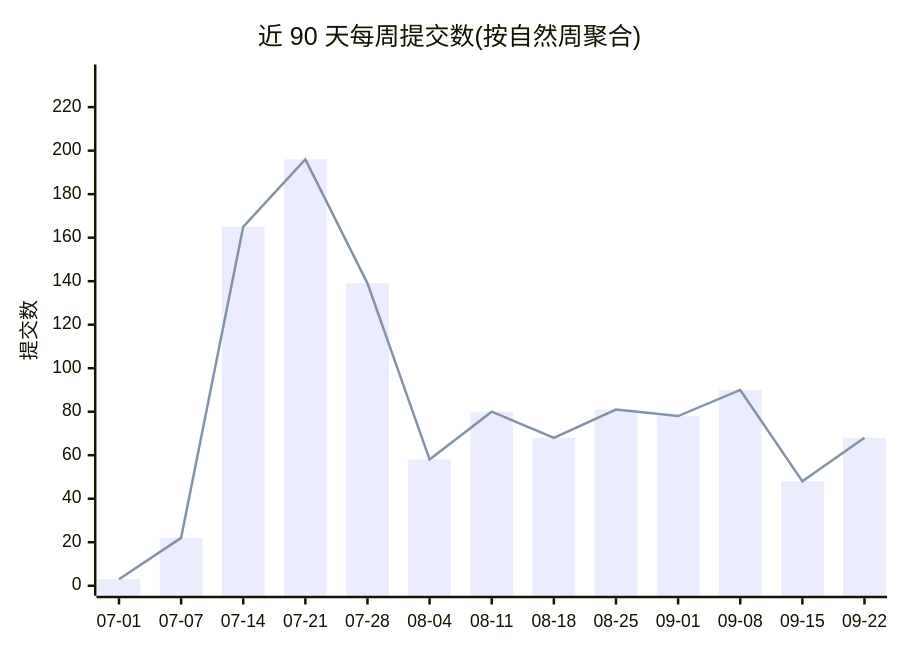
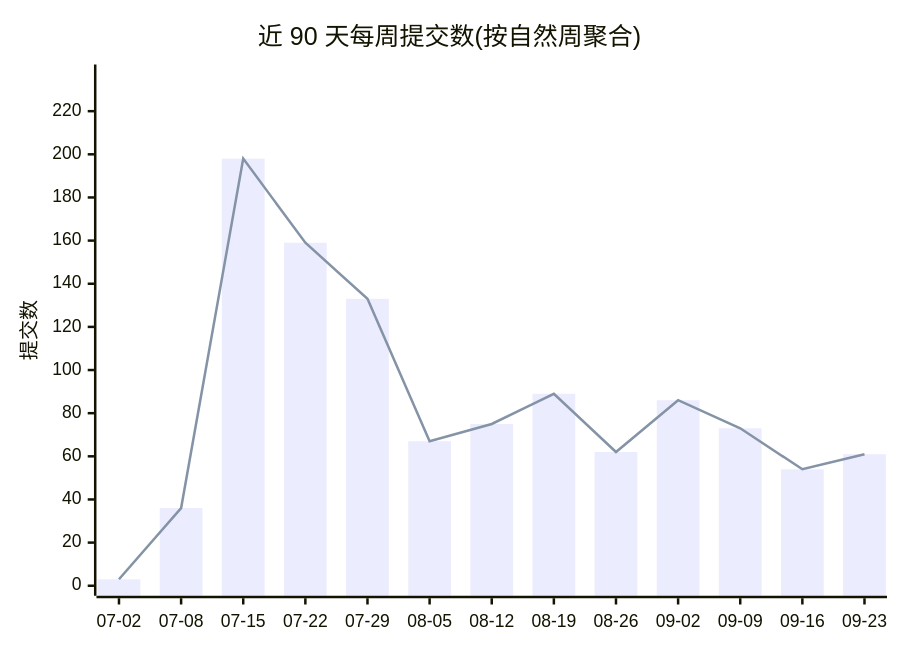
One commit to Conflux-Union/.github changed the first of 2 diagrams in profile/README.md. Above: the diagram before and after it, drawn with Mermaid. The commit also changed other lines of this file and 1 other file, not shown here.

Commit message:
chore(stats): refresh org commit stats

````diff
--- a/profile/README.md
+++ b/profile/README.md
@@ -44,8 +44,8 @@
 ```mermaid
 xychart-beta
     title "近 90 天每周提交数(按自然周聚合)"
-    x-axis ["07-01", "07-07", "07-14", "07-21", "07-28", "08-04", "08-11", "08-18", "08-25", "09-01", "09-08", "09-15", "09-22"]
-    y-axis "提交数" 0 --> 235
-    bar [3, 22, 165, 196, 139, 58, 80, 68, 81, 78, 90, 48, 68]
-    line [3, 22, 165, 196, 139, 58, 80, 68, 81, 78, 90, 48, 68]
+    x-axis ["07-02", "07-08", "07-15", "07-22", "07-29", "08-05", "08-12", "08-19", "08-26", "09-02", "09-09", "09-16", "09-23"]
+    y-axis "提交数" 0 --> 237
+    bar [3, 36, 198, 159, 133, 67, 75, 89, 62, 86, 73, 54, 61]
+    line [3, 36, 198, 159, 133, 67, 75, 89, 62, 86, 73, 54, 61]
 ```
````
